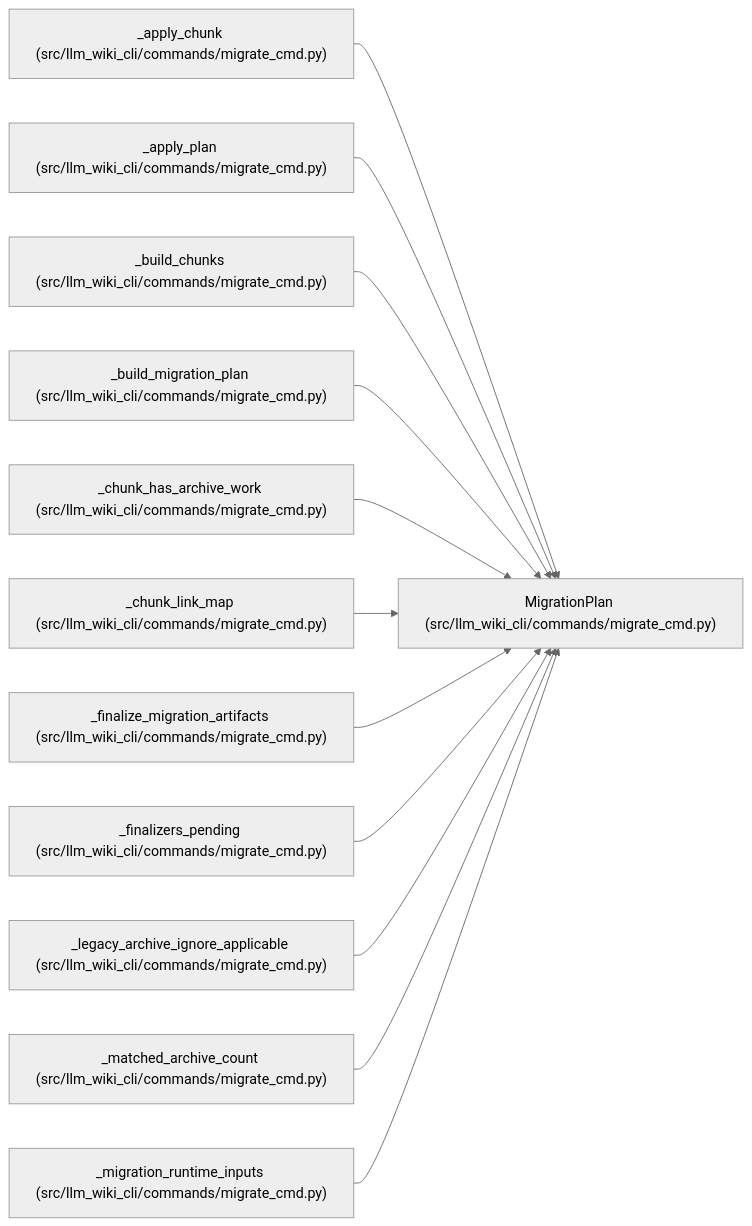
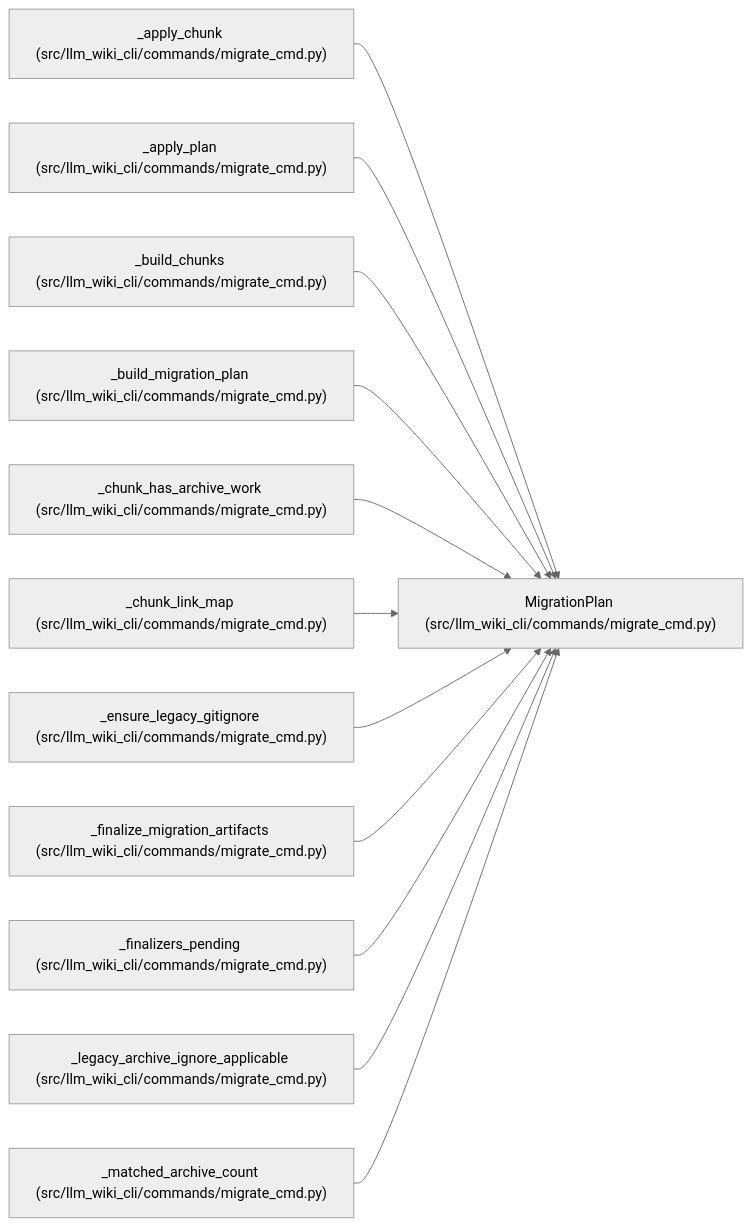
One commit to Denissvgn/python-wiki-llm changed the diagram in docs/llm_wiki/entities/MigrationPlan.md. Above: the diagram before and after it, drawn with Mermaid (neutral theme). The commit also changed other lines of this file and 268 other files, not shown here.

````diff
--- a/docs/llm_wiki/entities/MigrationPlan.md
+++ b/docs/llm_wiki/entities/MigrationPlan.md
@@ -46,38 +46,38 @@
 ```mermaid
 flowchart LR
     n0["MigrationPlan (src/llm_wiki_cli/commands/migrate_cmd.py)"]
     n1["_apply_chunk (src/llm_wiki_cli/commands/migrate_cmd.py)"]
     n2["_apply_plan (src/llm_wiki_cli/commands/migrate_cmd.py)"]
     n3["_build_chunks (src/llm_wiki_cli/commands/migrate_cmd.py)"]
     n4["_build_migration_plan (src/llm_wiki_cli/commands/migrate_cmd.py)"]
     n5["_chunk_has_archive_work (src/llm_wiki_cli/commands/migrate_cmd.py)"]
     n6["_chunk_link_map (src/llm_wiki_cli/commands/migrate_cmd.py)"]
-    n7["_finalize_migration_artifacts (src/llm_wiki_cli/commands/migrate_cmd.py)"]
-    n8["_finalizers_pending (src/llm_wiki_cli/commands/migrate_cmd.py)"]
-    n9["_legacy_archive_ignore_applicable (src/llm_wiki_cli/commands/migrate_cmd.py)"]
-    n10["_matched_archive_count (src/llm_wiki_cli/commands/migrate_cmd.py)"]
-    n11["_migration_runtime_inputs (src/llm_wiki_cli/commands/migrate_cmd.py)"]
+    n7["_ensure_legacy_gitignore (src/llm_wiki_cli/commands/migrate_cmd.py)"]
+    n8["_finalize_migration_artifacts (src/llm_wiki_cli/commands/migrate_cmd.py)"]
+    n9["_finalizers_pending (src/llm_wiki_cli/commands/migrate_cmd.py)"]
+    n10["_legacy_archive_ignore_applicable (src/llm_wiki_cli/commands/migrate_cmd.py)"]
+    n11["_matched_archive_count (src/llm_wiki_cli/commands/migrate_cmd.py)"]
     n1 --> n0
     n2 --> n0
     n3 --> n0
     n4 --> n0
     n5 --> n0
     n6 --> n0
     n7 --> n0
     n8 --> n0
     n9 --> n0
     n10 --> n0
     n11 --> n0
     click n0 "../modules/migrate_cmd.md"
     click n1 "../modules/migrate_cmd.md"
     click n2 "../modules/migrate_cmd.md"
     click n3 "../modules/migrate_cmd.md"
     click n4 "../modules/migrate_cmd.md"
     click n5 "../modules/migrate_cmd.md"
     click n6 "../modules/migrate_cmd.md"
     click n7 "../modules/migrate_cmd.md"
     click n8 "../modules/migrate_cmd.md"
     click n9 "../modules/migrate_cmd.md"
     click n10 "../modules/migrate_cmd.md"
     click n11 "../modules/migrate_cmd.md"
 ```
````
